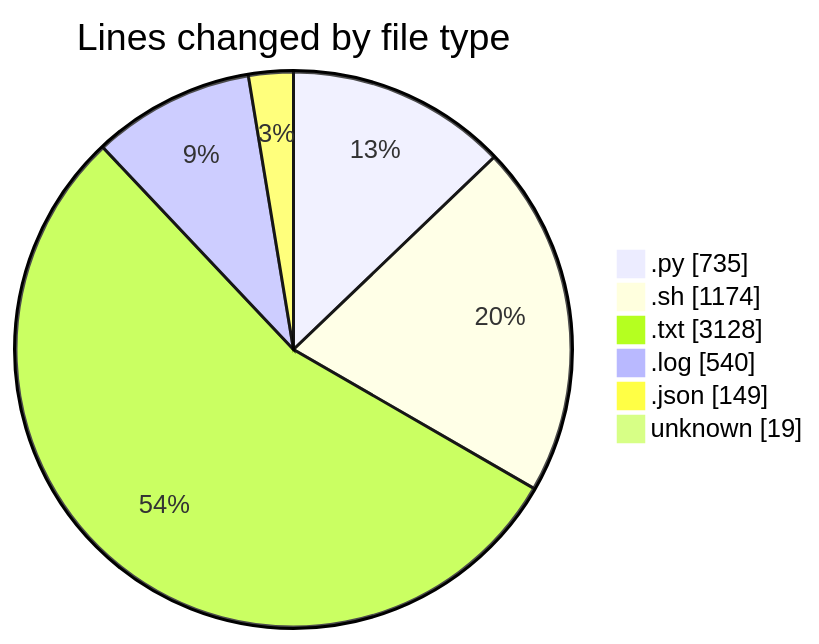
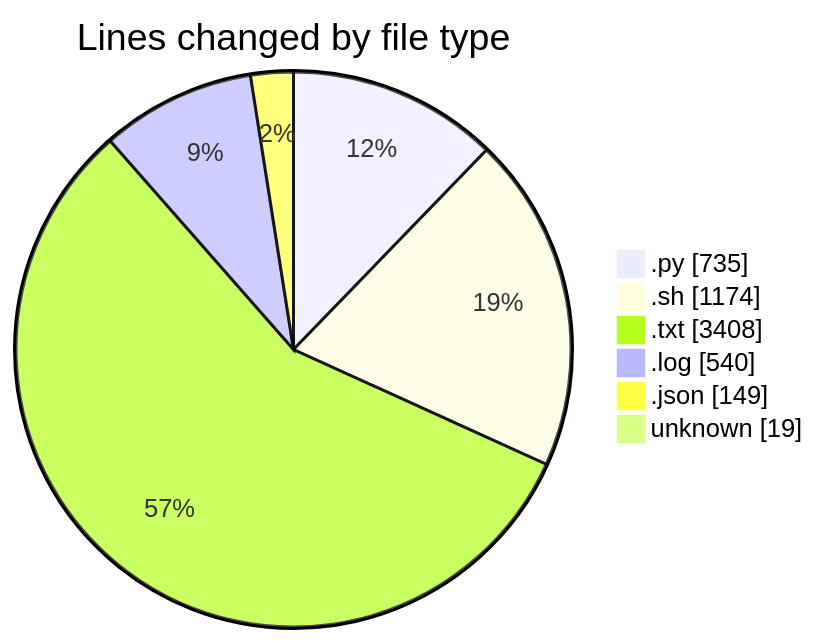
One commit to Unknowalive/code-tracking changed the first of 2 diagrams in 2026-04-11/scripting_workshop/README.md. Above: the diagram before and after it, drawn with Mermaid. The commit also changed other lines of this file and 1 other file, not shown here.

````diff
--- a/2026-04-11/scripting_workshop/README.md
+++ b/2026-04-11/scripting_workshop/README.md
@@ -40,10 +41,10 @@
 ```mermaid
 pie showData
 title Lines changed by file type
 ".py" : 735
 ".sh" : 1174
-".txt" : 3128
+".txt" : 3408
 ".log" : 540
 ".json" : 149
 "unknown" : 19
 ```
````
